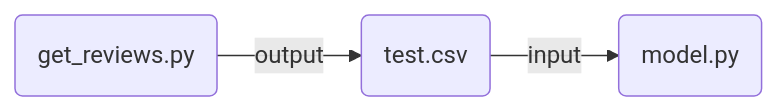
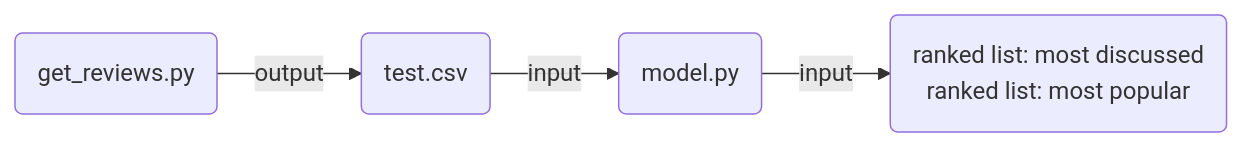
One commit to alivabernali/MovieRekomendr changed the diagram in README.md. Above: the diagram before and after it, drawn with Mermaid. The commit also changed other lines of this file, not shown here.

````diff
--- a/README.md
+++ b/README.md
@@ -13,4 +13,4 @@
 ```mermaid
 graph LR
-A(get_reviews.py)-->|output| B(test.csv)-->|input| C(model.py)
+A(get_reviews.py)-->|output| B(test.csv)-->|input| C(model.py)-->|input| D(ranked list: most discussed </br> ranked list: most popular)
 ```
````
